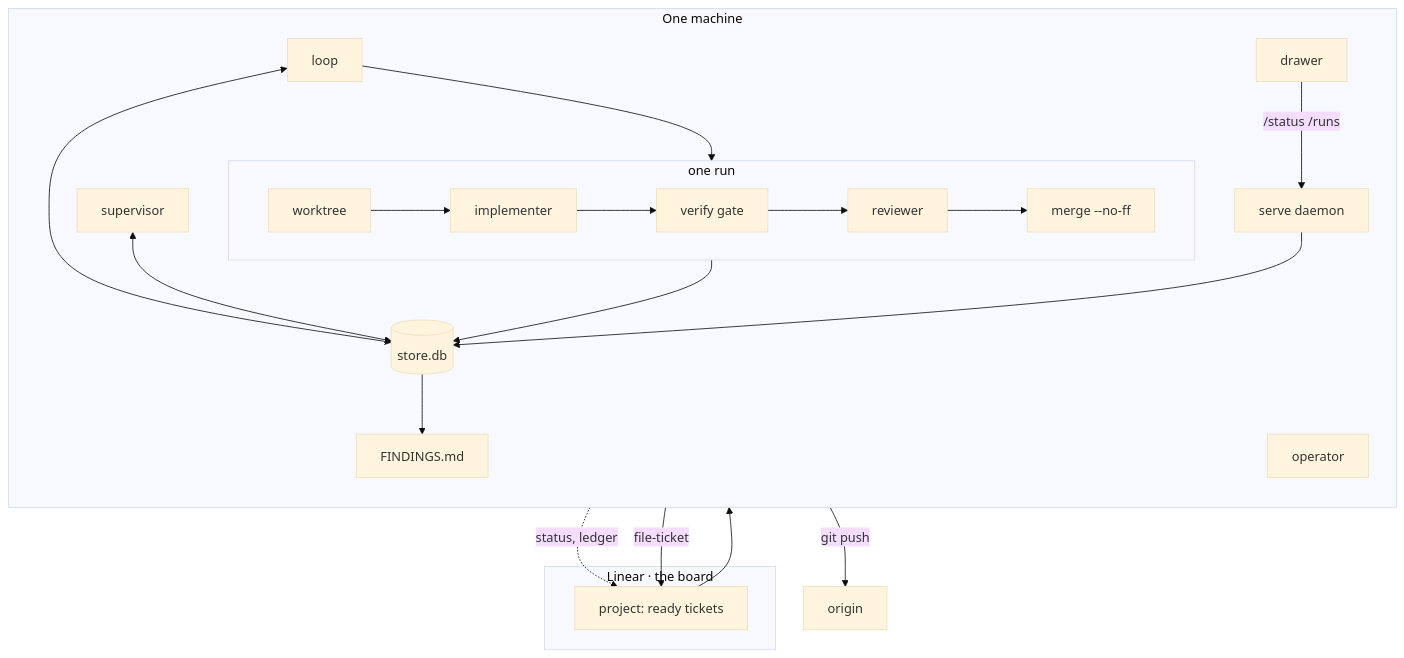
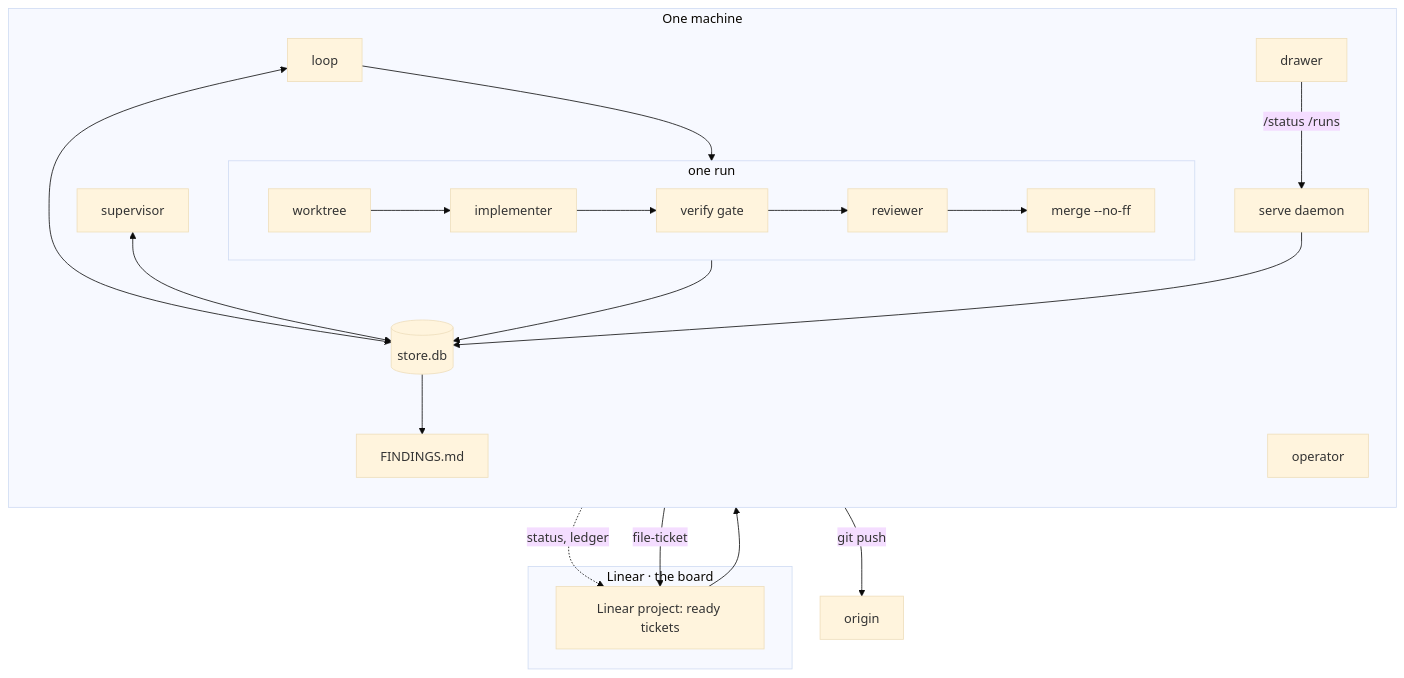
One commit to wevial/holophyte changed the diagram in docs/architecture/overview.md. Above: the diagram before and after it, drawn with Mermaid (base theme). The commit also changed other lines of this file and 21 other files, not shown here.

````diff
--- a/docs/architecture/overview.md
+++ b/docs/architecture/overview.md
@@ -8,31 +8,31 @@
 ```mermaid
 flowchart TB
   subgraph board[Linear · the board]
-    L[project: ready tickets]
+    L[Linear project: ready tickets]
   end
   subgraph host[One machine]
     direction TB
     F[loop]
     SUP[supervisor]
     D[serve daemon]
     ST[(store.db)]
     subgraph run[one run]
       direction LR
       WT[worktree] --> IMP[implementer] --> VG[verify gate] --> RR[reviewer] --> M[merge --no-ff]
     end
     FD[FINDINGS.md]
     DR[drawer]
     OP[operator]
   end
   L --> F
   F --> run
   F <--> ST
   SUP <--> ST
   D --> ST
   M --> ST
   ST --> FD
   ST -. status, ledger .-> L
   DR -- /status /runs --> D
   OP -- git push --> GH[origin]
   OP -- file-ticket --> L
 ```
````
